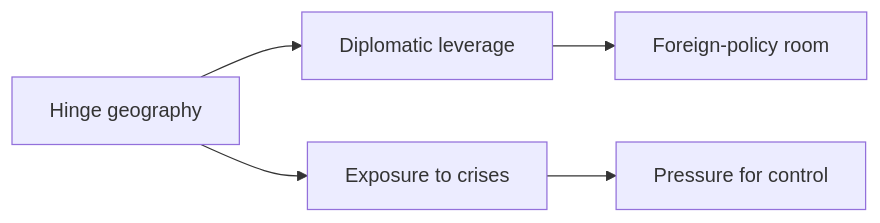
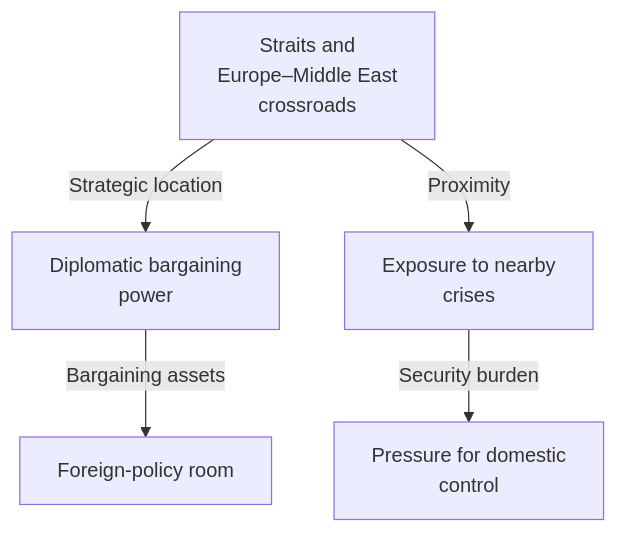
One commit to daylight55/research changed the first of 3 diagrams in articles/report/turkiye-geopolitical-profile/en/index.mdx. Above: the diagram before and after it, drawn with Mermaid. The commit also changed other lines of this file and 181 other files, not shown here.

First line of the commit message:
全記事の図解368点を再生成し、共通注意書きを削除 (#402)

````diff
--- a/articles/report/turkiye-geopolitical-profile/en/index.mdx
+++ b/articles/report/turkiye-geopolitical-profile/en/index.mdx
@@ -36,7 +36,14 @@
 ```mermaid
-flowchart LR
-  A["Hinge geography"] --> B["Diplomatic leverage"]
-  A --> C["Exposure to crises"]
-  B --> D["Foreign-policy room"]
-  C --> E["Pressure for control"]
+flowchart TD
+  accTitle: Türkiye's strategic geography creates bargaining power and exposure
+  accDescr: Strategic geography provides diplomatic bargaining power and exposure to nearby conflicts. Read domestic control alongside foreign-policy options.
+  N0["Straits and<br/>Europe–Middle East<br/>crossroads"]
+  N1["Diplomatic bargaining<br/>power"]
+  N2["Exposure to nearby<br/>crises"]
+  N3["Foreign-policy room"]
+  N4["Pressure for domestic<br/>control"]
+  N0 -->|Strategic location| N1
+  N0 -->|Proximity| N2
+  N1 -->|Bargaining assets| N3
+  N2 -->|Security burden| N4
 ```
````
